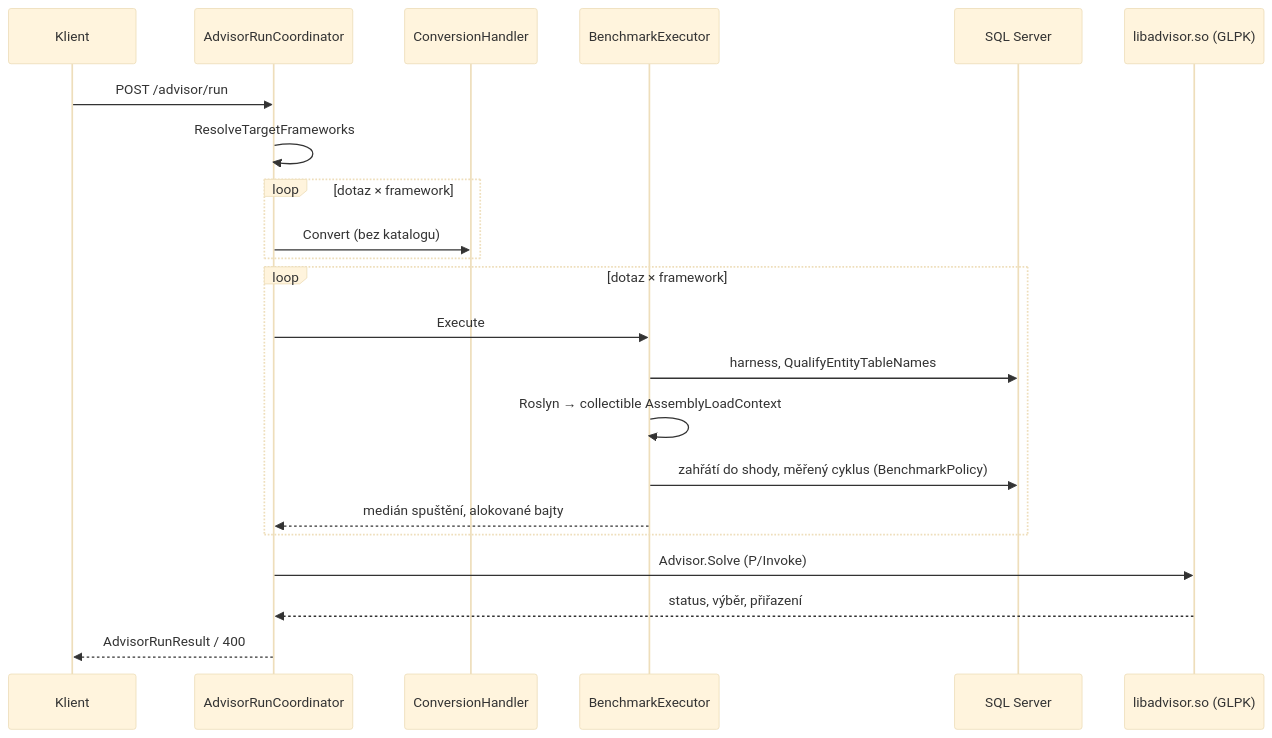
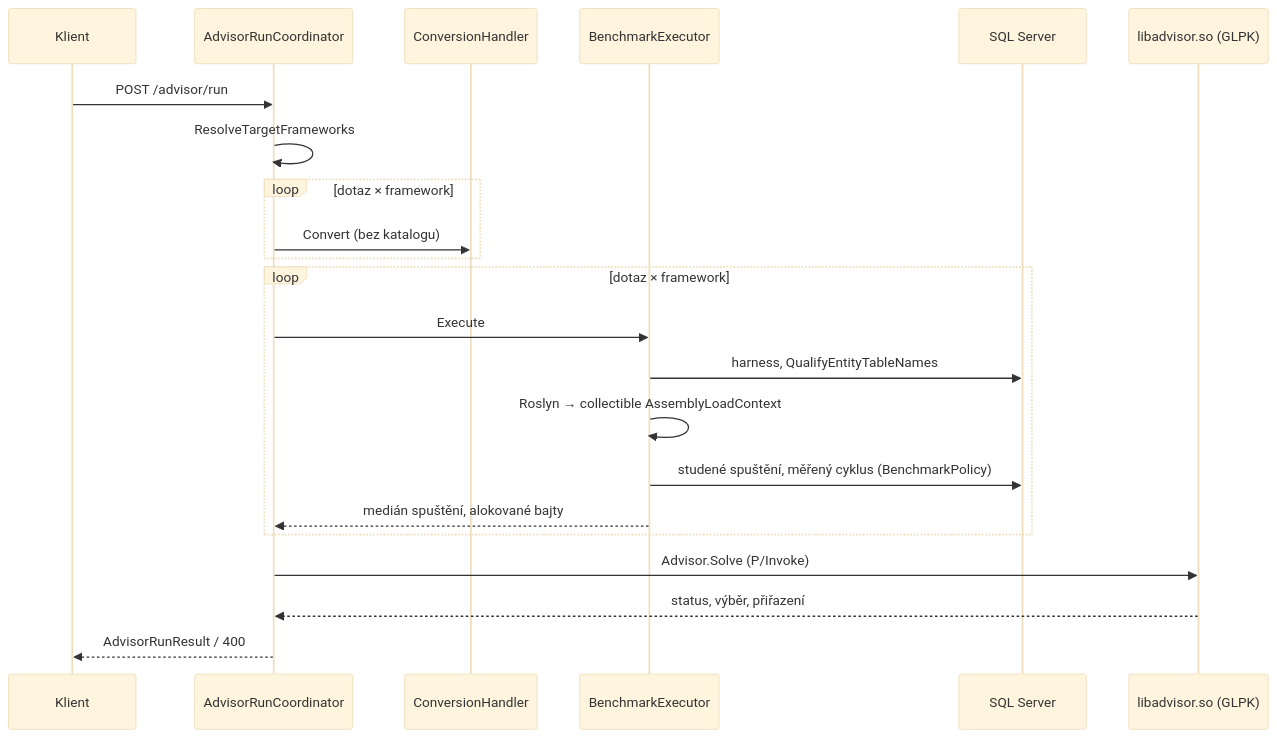
Diagram 18 of 18 in docs/architecture.md (MiraStochel/orm-convertor), drawn with Mermaid (base theme) before and after one commit. The commit also changed other lines of this file and 23 other files, not shown here.

````diff
--- a/docs/architecture.md
+++ b/docs/architecture.md
@@ -1238,24 +1238,24 @@
 ```mermaid
 sequenceDiagram
   participant K as Klient
   participant C as AdvisorRunCoordinator
   participant H as ConversionHandler
   participant B as BenchmarkExecutor
   participant DB as SQL Server
   participant G as libadvisor.so (GLPK)
   K->>C: POST /advisor/run
   C->>C: ResolveTargetFrameworks
   loop dotaz × framework
     C->>H: Convert (bez katalogu)
   end
   loop dotaz × framework
     C->>B: Execute
     B->>DB: harness, QualifyEntityTableNames
     B->>B: Roslyn → collectible AssemblyLoadContext
-    B->>DB: zahřátí do shody, měřený cyklus (BenchmarkPolicy)
+    B->>DB: studené spuštění, měřený cyklus (BenchmarkPolicy)
     B-->>C: medián spuštění, alokované bajty
   end
   C->>G: Advisor.Solve (P/Invoke)
   G-->>C: status, výběr, přiřazení
   C-->>K: AdvisorRunResult / 400
 ```
````
